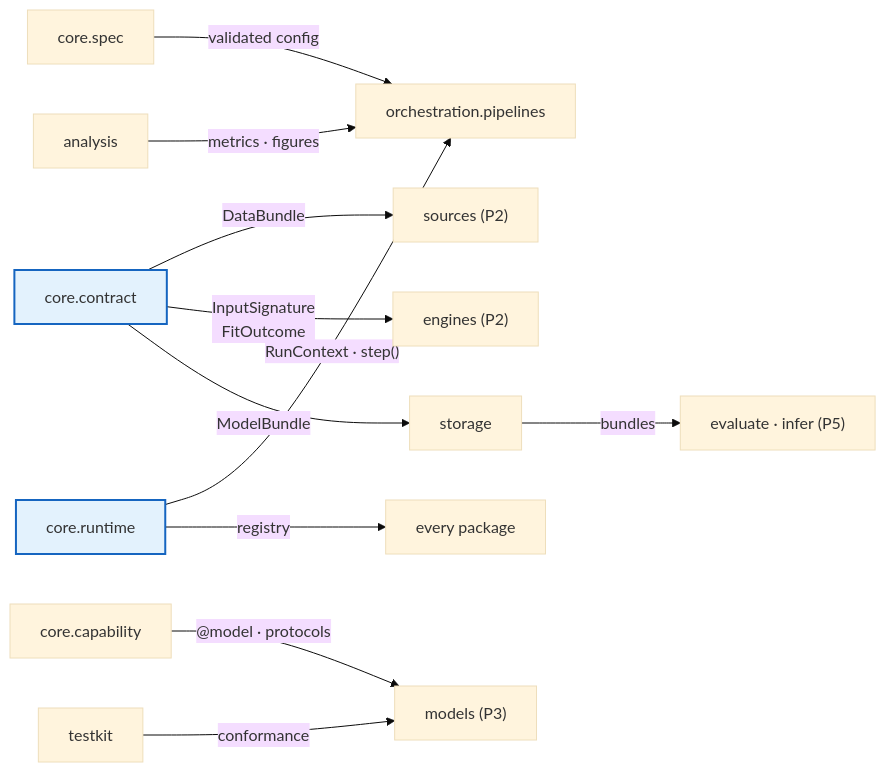
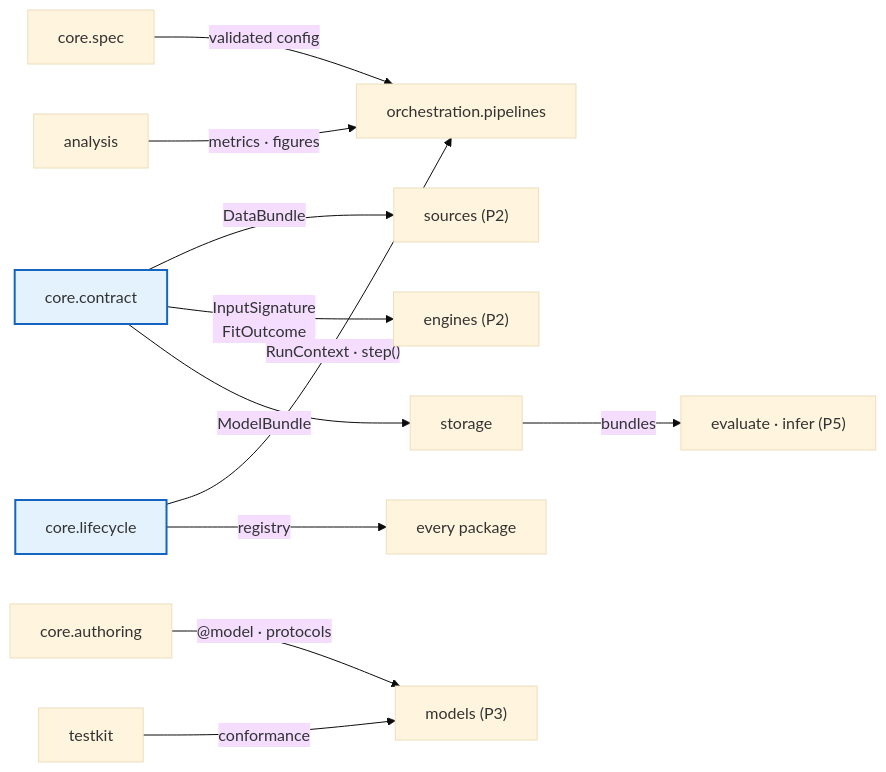
One commit to JStevens95/QuantStrata changed the third of 3 diagrams in src/rade_qnet/docs/phases/PHASE_1_CORE.md. Above: the diagram before and after it, drawn with Mermaid (base theme). The commit also changed other lines of this file and 233 other files, not shown here.

First line of the commit message:
rade_qnet: core/runtime was a bin, and the name said nothing

````diff
--- a/src/rade_qnet/docs/phases/PHASE_1_CORE.md
+++ b/src/rade_qnet/docs/phases/PHASE_1_CORE.md
@@ -341,15 +341,15 @@
 ```mermaid
 flowchart LR
     SPEC["core.spec"] -->|"validated config"| PIPE["orchestration.pipelines"]
     CONTRACT["core.contract"] -->|"DataBundle"| SOURCES["sources (P2)"]
     CONTRACT -->|"InputSignature<br/>FitOutcome"| ENGINES["engines (P2)"]
     CONTRACT -->|"ModelBundle"| STOR["storage"]
-    CAP["core.capability"] -->|"@model · protocols"| MODELS["models (P3)"]
-    RT["core.runtime"] -->|"RunContext · step()"| PIPE
+    CAP["core.authoring"] -->|"@model · protocols"| MODELS["models (P3)"]
+    RT["core.lifecycle"] -->|"RunContext · step()"| PIPE
     RT -->|"registry"| ALL["every package"]
     STOR -->|"bundles"| EVAL["evaluate · infer (P5)"]
     ANA["analysis"] -->|"metrics · figures"| PIPE
     TK["testkit"] -->|"conformance"| MODELS
     style CONTRACT fill:#e3f2fd,stroke:#1565c0,stroke-width:2px
     style RT fill:#e3f2fd,stroke:#1565c0,stroke-width:2px
 ```
````
